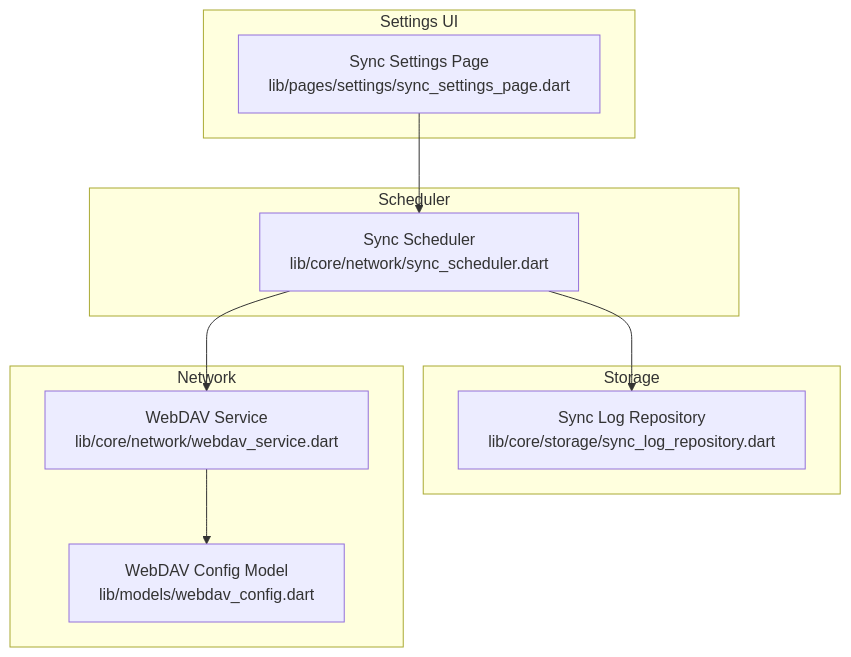
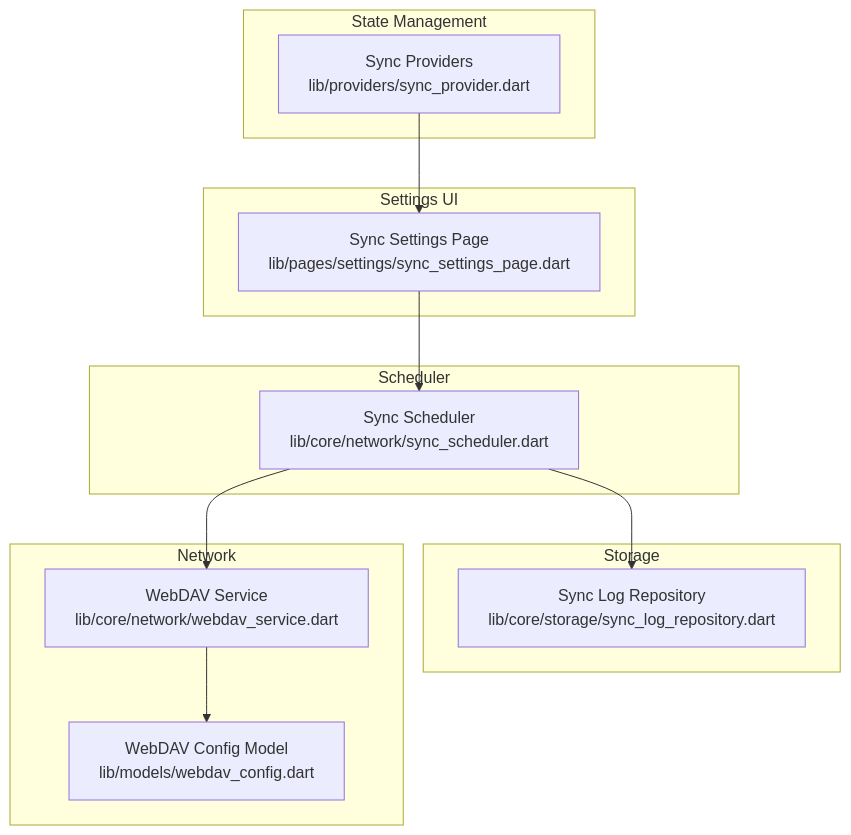
One commit to favoroo/QNote changed the first of 10 diagrams in .qoder/repowiki/en/content/Core Features/Cloud Synchronization.md. Above: the diagram before and after it, drawn with Mermaid. The commit also changed other lines of this file and 65 other files, not shown here.

First line of the commit message:
docs: 新增项目文档与配置文件，修复AI提取与热力图问题

````diff
--- a/.qoder/repowiki/en/content/Core Features/Cloud Synchronization.md
+++ b/.qoder/repowiki/en/content/Core Features/Cloud Synchronization.md
@@ -34,20 +43,24 @@
 ```mermaid
 graph TB
+subgraph "State Management"
+SP["Sync Providers<br/>lib/providers/sync_provider.dart"]
+end
 subgraph "Settings UI"
 SSP["Sync Settings Page<br/>lib/pages/settings/sync_settings_page.dart"]
 end
 subgraph "Scheduler"
 SS["Sync Scheduler<br/>lib/core/network/sync_scheduler.dart"]
 end
 subgraph "Storage"
 SLR["Sync Log Repository<br/>lib/core/storage/sync_log_repository.dart"]
 end
 subgraph "Network"
 WDS["WebDAV Service<br/>lib/core/network/webdav_service.dart"]
 WDC["WebDAV Config Model<br/>lib/models/webdav_config.dart"]
 end
+SP --> SSP
 SSP --> SS
 SS --> WDS
 SS --> SLR
 WDS --> WDC
 ```
````
